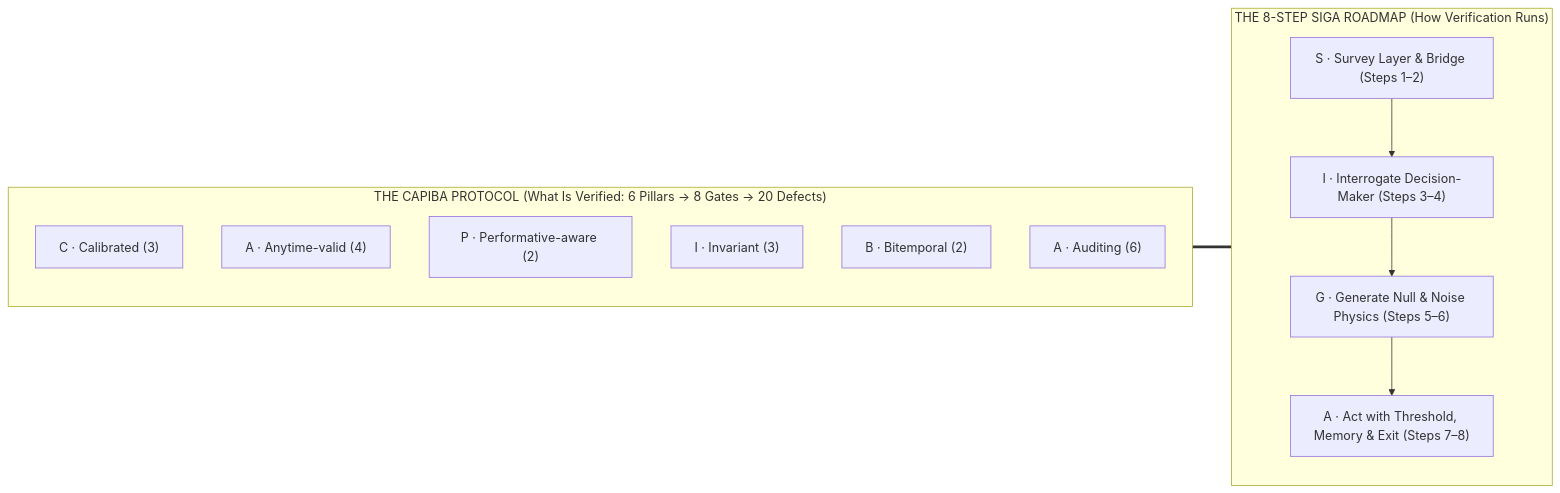
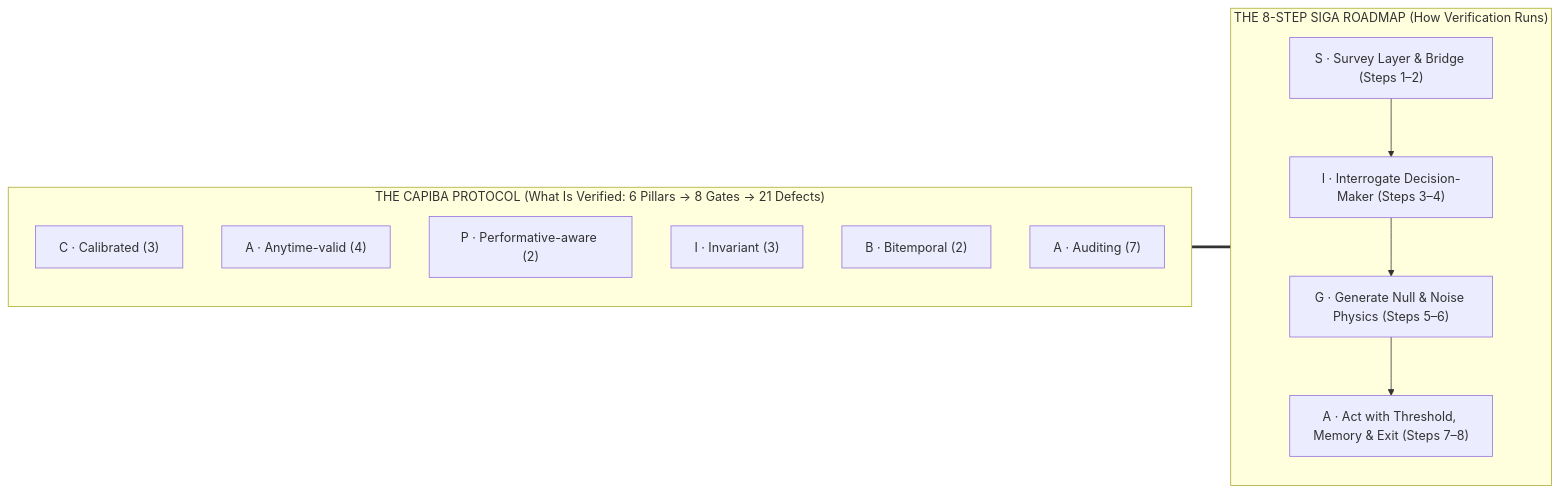
The diagram in book-src/00-preface.md (0b3st4f3r4/stochology), drawn with Mermaid before and after one commit. The commit also changed other lines of this file and 9 other files, not shown here.

````diff
--- a/book-src/00-preface.md
+++ b/book-src/00-preface.md
@@ -99,19 +99,19 @@
 ```mermaid
 flowchart LR
-    subgraph CAPIBA["THE CAPIBA PROTOCOL (What Is Verified: 6 Pillars → 8 Gates → 20 Defects)"]
+    subgraph CAPIBA["THE CAPIBA PROTOCOL (What Is Verified: 6 Pillars → 8 Gates → 21 Defects)"]
         C1["C · Calibrated (3)"]
         A1["A · Anytime-valid (4)"]
         P1["P · Performative-aware (2)"]
         I1["I · Invariant (3)"]
         B1["B · Bitemporal (2)"]
-        A2["A · Auditing (6)"]
+        A2["A · Auditing (7)"]
     end
     subgraph SIGA["THE 8-STEP SIGA ROADMAP (How Verification Runs)"]
         S["S · Survey Layer & Bridge (Steps 1–2)"]
         I["I · Interrogate Decision-Maker (Steps 3–4)"]
         G["G · Generate Null & Noise Physics (Steps 5–6)"]
         A["A · Act with Threshold, Memory & Exit (Steps 7–8)"]
     end
     S --> I --> G --> A
     CAPIBA === SIGA
 ```
````
